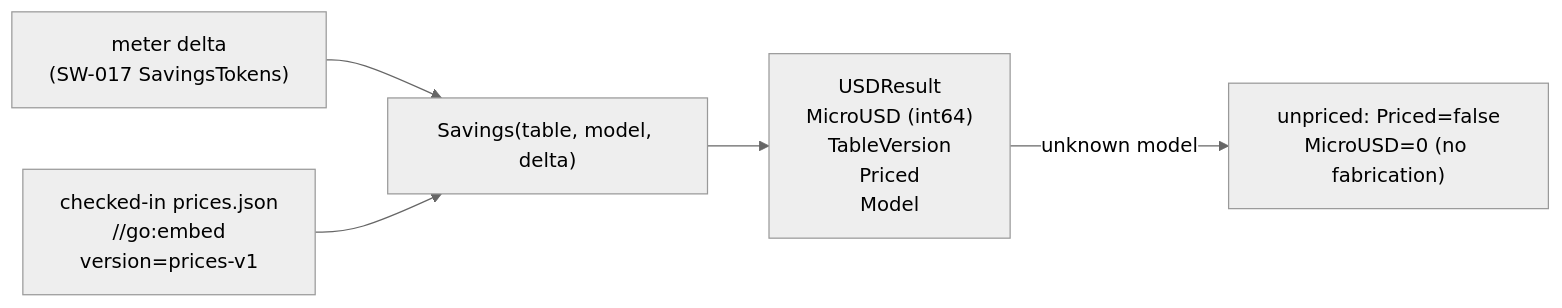
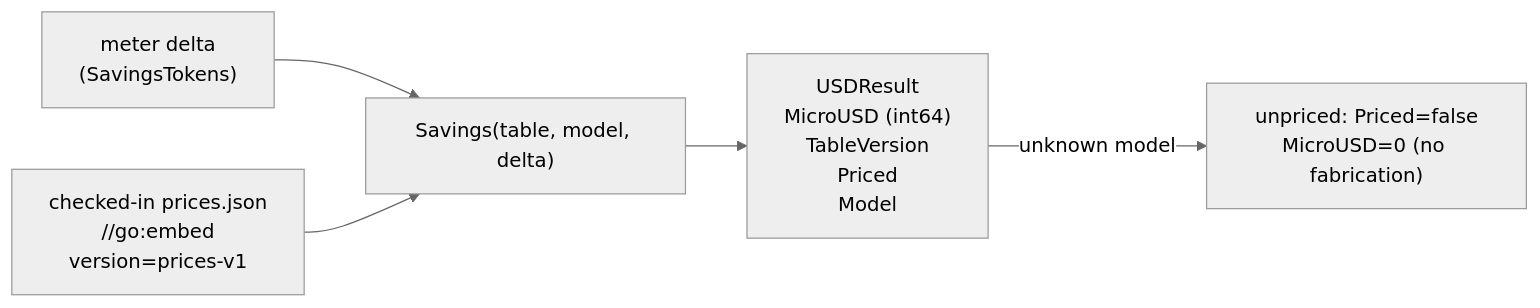
One commit to samibel/graphi changed the diagram in docs/price/pricing.md. Above: the diagram before and after it, drawn with Mermaid (neutral theme). The commit also changed other lines of this file and 22 other files, not shown here.

````diff
--- a/docs/price/pricing.md
+++ b/docs/price/pricing.md
@@ -19,7 +23,7 @@
 ```mermaid
 flowchart LR
-  D["meter delta\n(SW-017 SavingsTokens)"] --> S["Savings(table, model, delta)"]
+  D["meter delta\n(SavingsTokens)"] --> S["Savings(table, model, delta)"]
   T["checked-in prices.json\n//go:embed\nversion=prices-v1"] --> S
   S --> R["USDResult\nMicroUSD (int64)\nTableVersion\nPriced\nModel"]
   R -->|unknown model| U["unpriced: Priced=false\nMicroUSD=0 (no fabrication)"]
 ```
````
